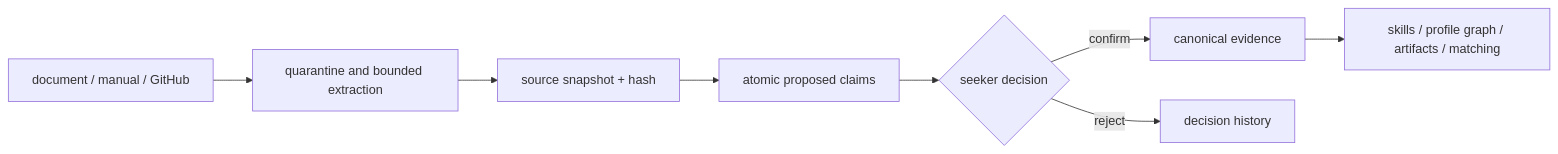
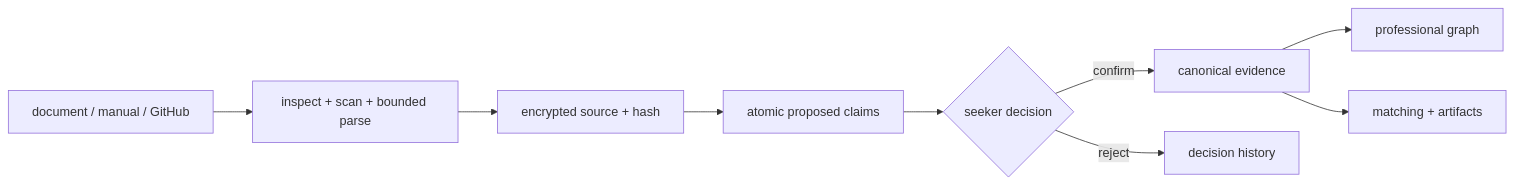
The third of 6 diagrams in docs/architecture/README.md (fsantibanezleal/CAOS_CareerTwin), drawn with Mermaid before and after one commit. The commit also changed other lines of this file and 137 other files, not shown here.

````diff
--- a/docs/architecture/README.md
+++ b/docs/architecture/README.md
@@ -26,10 +47,11 @@
 ```mermaid
 flowchart LR
-  X[document / manual / GitHub] --> Q[quarantine and bounded extraction]
-  Q --> S[source snapshot + hash]
+  X[document / manual / GitHub] --> Q[inspect + scan + bounded parse]
+  Q --> S[encrypted source + hash]
   S --> C[atomic proposed claims]
   C --> H{seeker decision}
   H -->|confirm| E[canonical evidence]
   H -->|reject| J[decision history]
-  E --> K[skills / profile graph / artifacts / matching]
+  E --> G[professional graph]
+  E --> M[matching + artifacts]
 ```
````
